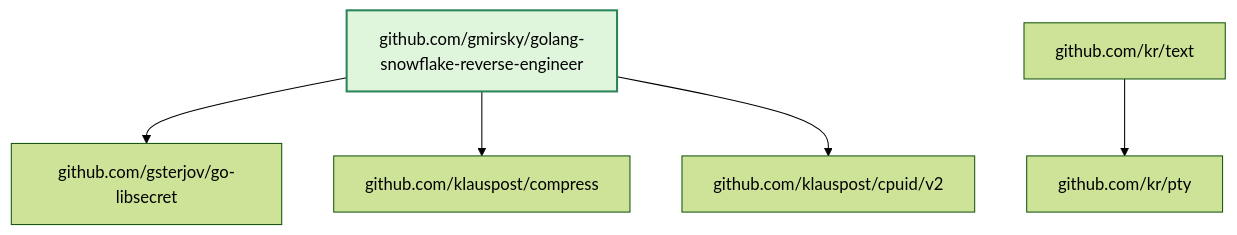
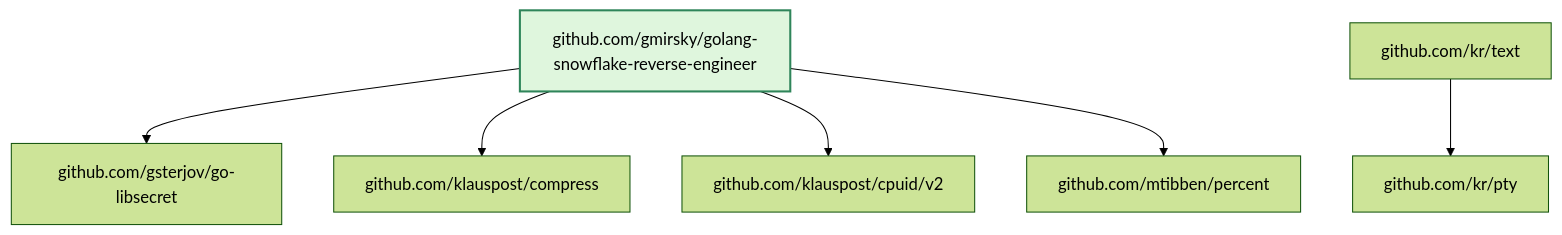
One commit to gmirsky/golang-snowflake-reverse-engineer changed the fifth of 8 diagrams in README.md. Above: the diagram before and after it, drawn with Mermaid (forest theme). The commit also changed other lines of this file, not shown here.

Commit message:
docs(readme): refresh generated module dependency diagram

````diff
--- a/README.md
+++ b/README.md
@@ -1135,15 +1144,17 @@
 ```mermaid
 flowchart TD
   classDef root fill:#dff6dd,stroke:#2f855a,stroke-width:2px
   N1["github.com/gmirsky/golang-snowflake-reverse-engineer"]
   class N1 root
   N2["github.com/gsterjov/go-libsecret"]
   N3["github.com/klauspost/compress"]
   N4["github.com/klauspost/cpuid/v2"]
   N5["github.com/kr/pty"]
   N6["github.com/kr/text"]
+  N7["github.com/mtibben/percent"]
   N1 --> N2
   N1 --> N3
   N1 --> N4
+  N1 --> N7
   N6 --> N5
 ```
````
